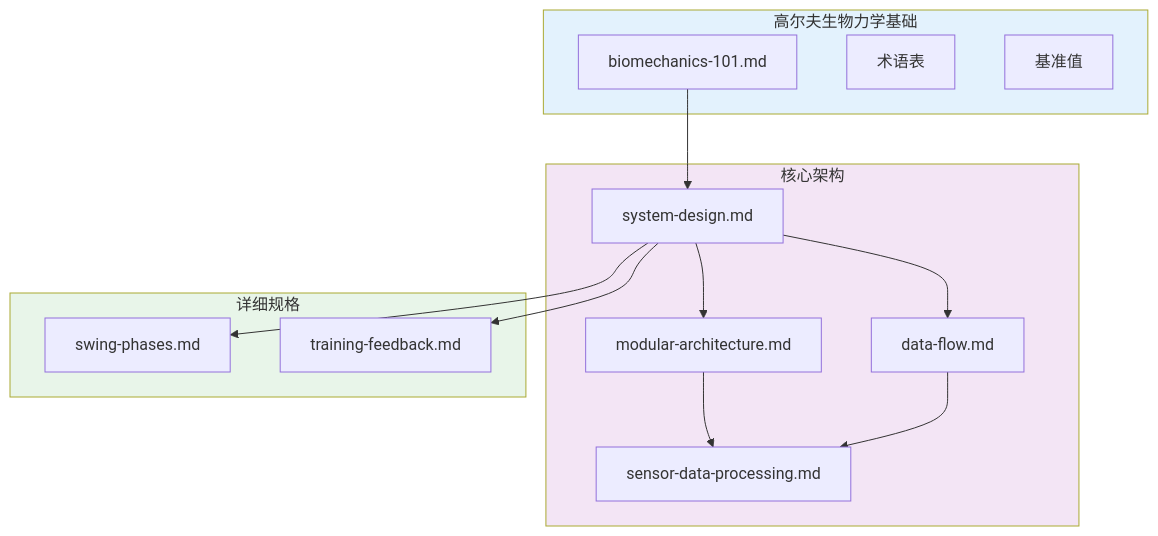
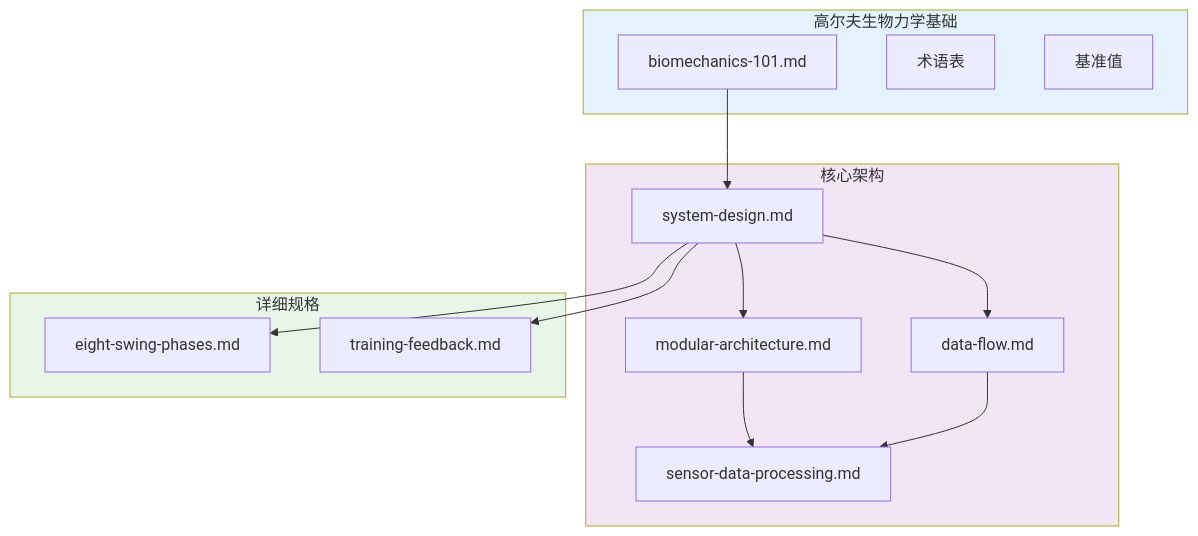
The diagram in docs/zh/design/index.md (movement-chain-ai/movement-chain-docs), drawn with Mermaid before and after one commit. The commit also changed other lines of this file and 12 other files, not shown here.

First line of the commit message:
refactor: rename swing-phases.md to eight-swing-phases.md

````diff
--- a/docs/zh/design/index.md
+++ b/docs/zh/design/index.md
@@ -72,32 +72,32 @@
 ```mermaid
 graph TD
     subgraph foundations["高尔夫生物力学基础"]
         F1[biomechanics-101.md]
         F2[术语表]
         F3[基准值]
     end
 
     subgraph architecture["核心架构"]
         A1[system-design.md]
         A2[modular-architecture.md]
         A3[data-flow.md]
         A4[sensor-data-processing.md]
     end
 
     subgraph specs["详细规格"]
-        S1[swing-phases.md]
+        S1[eight-swing-phases.md]
         S2[training-feedback.md]
     end
 
     F1 --> A1
     A1 --> A2
     A1 --> A3
     A2 --> A4
     A3 --> A4
     A1 --> S1
     A1 --> S2
 
     style foundations fill:#e3f2fd
     style architecture fill:#f3e5f5
     style specs fill:#e8f5e9
 ```
````
